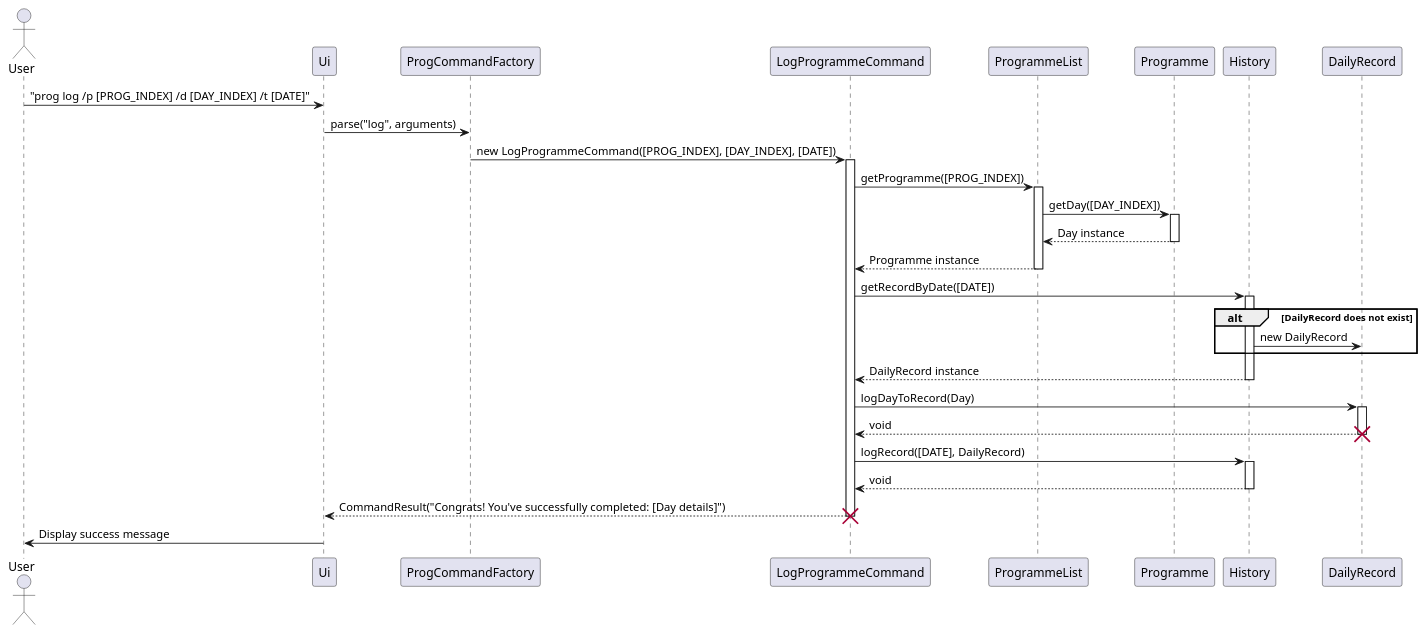
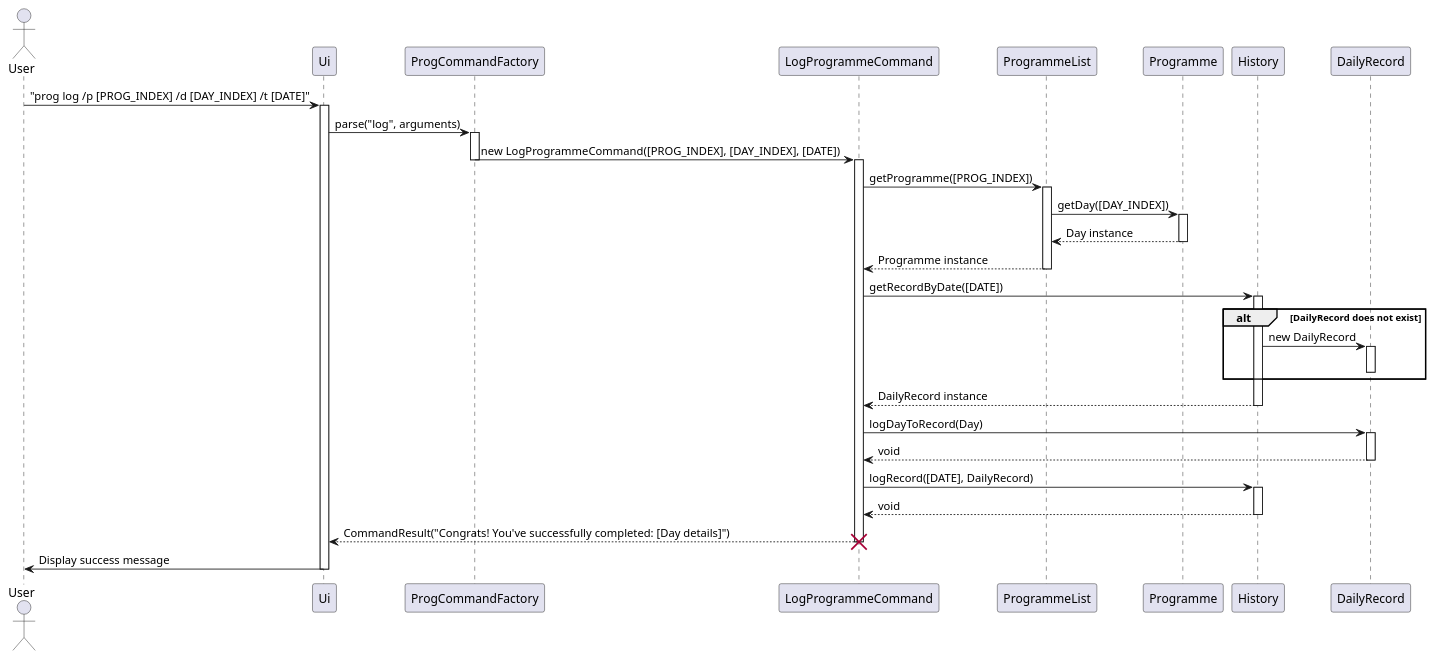
The diagram in docs/diagrams/logProgrammeSequenceDiagram.puml (nus-cs2113-AY2425S1/tp), drawn with PlantUML before and after one commit. The commit also changed 1 other file, not shown here.

Commit message:
fix proglog seq diagram

```diff
--- a/docs/diagrams/logProgrammeSequenceDiagram.puml
+++ b/docs/diagrams/logProgrammeSequenceDiagram.puml
@@ -1,42 +1,47 @@
 @startuml
 actor User
 
 User -> Ui : "prog log /p [PROG_INDEX] /d [DAY_INDEX] /t [DATE]"
+activate Ui
 Ui -> ProgCommandFactory : parse("log", arguments)
+activate ProgCommandFactory
 ProgCommandFactory -> LogProgrammeCommand : new LogProgrammeCommand([PROG_INDEX], [DAY_INDEX], [DATE])
+deactivate ProgCommandFactory
 
 activate LogProgrammeCommand
 LogProgrammeCommand -> ProgrammeList : getProgramme([PROG_INDEX])
 activate ProgrammeList
 ProgrammeList -> Programme : getDay([DAY_INDEX])
 activate Programme
 Programme --> ProgrammeList : Day instance
 deactivate Programme
 ProgrammeList --> LogProgrammeCommand : Programme instance
 deactivate ProgrammeList
 
 LogProgrammeCommand -> History : getRecordByDate([DATE])
 activate History
 alt DailyRecord does not exist
     History -> DailyRecord : new DailyRecord
+    activate DailyRecord
+    deactivate DailyRecord
 end
 History --> LogProgrammeCommand : DailyRecord instance
 deactivate History
 
 LogProgrammeCommand -> DailyRecord : logDayToRecord(Day)
 activate DailyRecord
 DailyRecord --> LogProgrammeCommand : void
 deactivate DailyRecord
-destroy DailyRecord
 
 LogProgrammeCommand -> History : logRecord([DATE], DailyRecord)
 activate History
 History --> LogProgrammeCommand : void
 deactivate History
 
 LogProgrammeCommand --> Ui : CommandResult("Congrats! You've successfully completed: [Day details]")
 deactivate LogProgrammeCommand
 destroy LogProgrammeCommand
 
 Ui -> User : Display success message
+deactivate Ui
 @enduml
```
